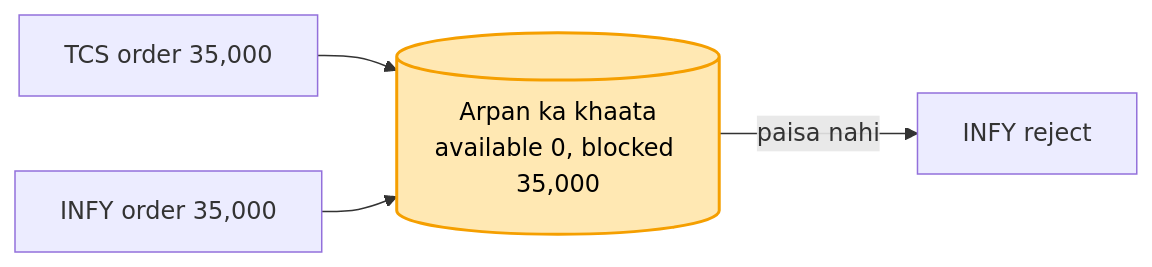
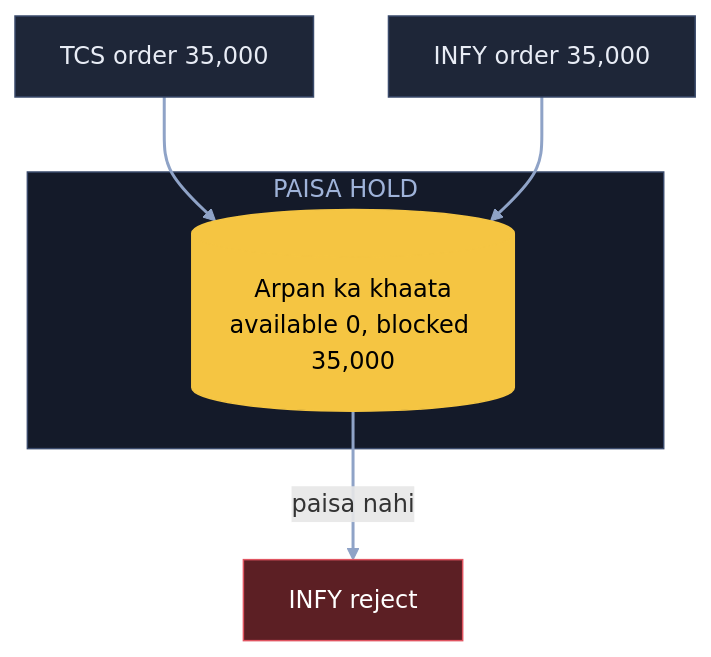
One commit to ArpanMaheshwari144/Prep changed the third of 9 diagrams in 04_HLD/SYSTEM_DESIGNS/05_stock_broker_trading/05_stock_broker_trading.md. Above: the diagram before and after it, drawn with Mermaid. The commit also changed other lines of this file, not shown here.

Commit message:
Stock: 9 diagram YouTube (reel) wale card andaaz me

````diff
--- a/04_HLD/SYSTEM_DESIGNS/05_stock_broker_trading/05_stock_broker_trading.md
+++ b/04_HLD/SYSTEM_DESIGNS/05_stock_broker_trading/05_stock_broker_trading.md
@@ -73,7 +97,18 @@
 ```mermaid
-flowchart LR
-    O["TCS order 35,000"] --> W[("Arpan ka khaata<br/>available 0, blocked 35,000")]
-    I["INFY order 35,000"] --> W
-    W -- "paisa nahi" --> X["INFY reject"]
-    style W fill:#ffe8b3,stroke:#f59f00,stroke-width:2px,color:#000
+flowchart TB
+    O["TCS order 35,000"]:::card
+    I["INFY order 35,000"]:::card
+    subgraph KH["PAISA HOLD"]
+        W[("Arpan ka khaata<br/>available 0, blocked 35,000")]:::pill
+    end
+    X["INFY reject"]:::bad
+    O --> W
+    I --> W
+    W -- "paisa nahi" --> X
+    linkStyle default stroke:#8fa3c7,stroke-width:2px
+    classDef card fill:#1e2638,stroke:#3a4a6b,color:#e8ecf5
+    classDef pill fill:#f5c542,stroke:#f5c542,color:#000
+    classDef good fill:#2e7d4f,stroke:#3fbf6f,color:#fff
+    classDef bad fill:#5c1f24,stroke:#e05561,color:#fff
+    style KH fill:#141a29,stroke:#3a4a6b,color:#9fb3d9
 ```
````
